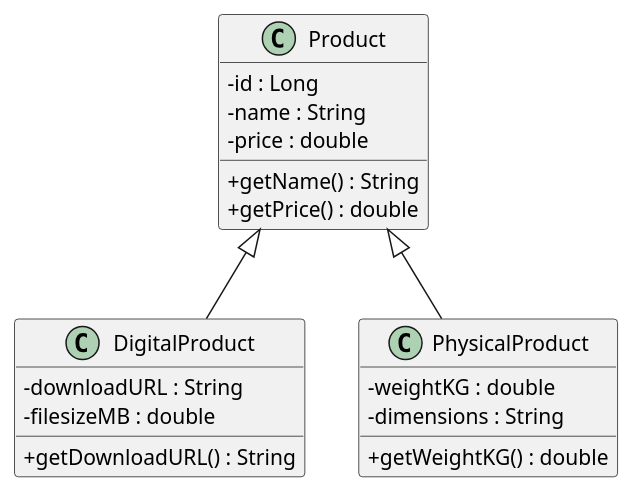
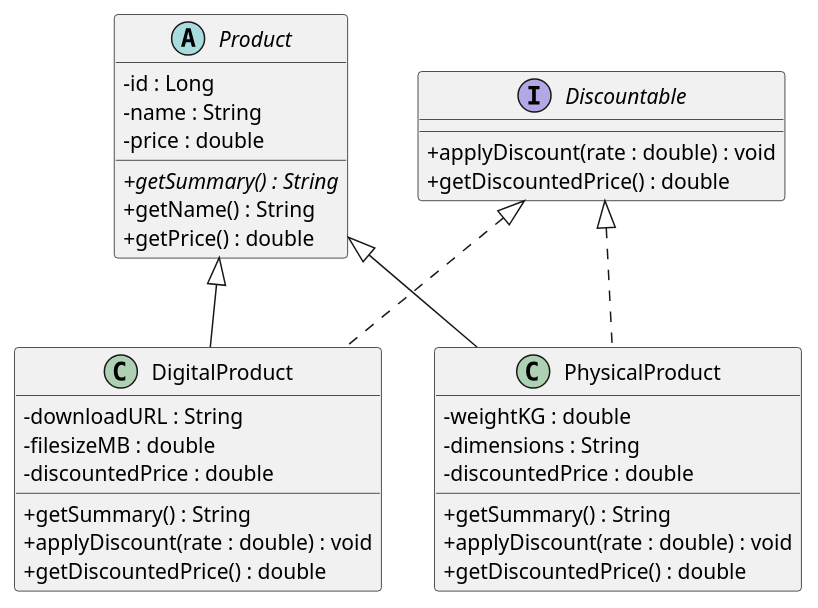
One commit to dinsitha00/products-api changed the diagram in docs/uml/product-hierarchy.puml. Above: the diagram before and after it, drawn with PlantUML. The commit also changed 6 other files, not shown here.

Commit message:
Tut 5: polymorphism getSummary override and Discountable interface

```diff
--- a/docs/uml/product-hierarchy.puml
+++ b/docs/uml/product-hierarchy.puml
@@ -1,28 +1,42 @@
 @startuml
 skinparam classAttributeIconSize 0
 
-class Product {
+abstract class Product {
     - id : Long
     - name : String
     - price : double
+    + {abstract} getSummary() : String
     + getName() : String
     + getPrice() : double
+}
+
+interface Discountable {
+    + applyDiscount(rate : double) : void
+    + getDiscountedPrice() : double
 }
 
 class DigitalProduct {
     - downloadURL : String
     - filesizeMB : double
-    + getDownloadURL() : String
+    - discountedPrice : double
+    + getSummary() : String
+    + applyDiscount(rate : double) : void
+    + getDiscountedPrice() : double
 }
 
 class PhysicalProduct {
     - weightKG : double
     - dimensions : String
-    + getWeightKG() : double
+    - discountedPrice : double
+    + getSummary() : String
+    + applyDiscount(rate : double) : void
+    + getDiscountedPrice() : double
 }
 
-' <|-- is the inheritance arrow. The PARENT goes on the left.
 Product <|-- DigitalProduct
 Product <|-- PhysicalProduct
 
+Discountable <|.. DigitalProduct
+Discountable <|.. PhysicalProduct
+
 @enduml
```
